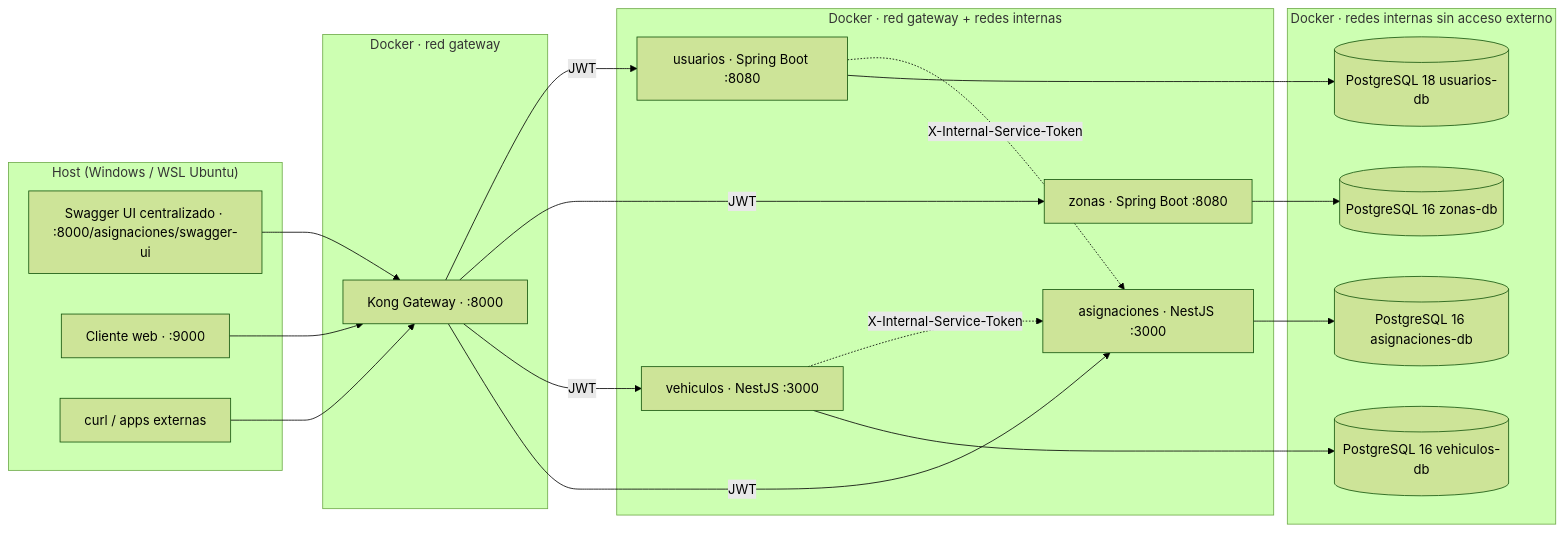
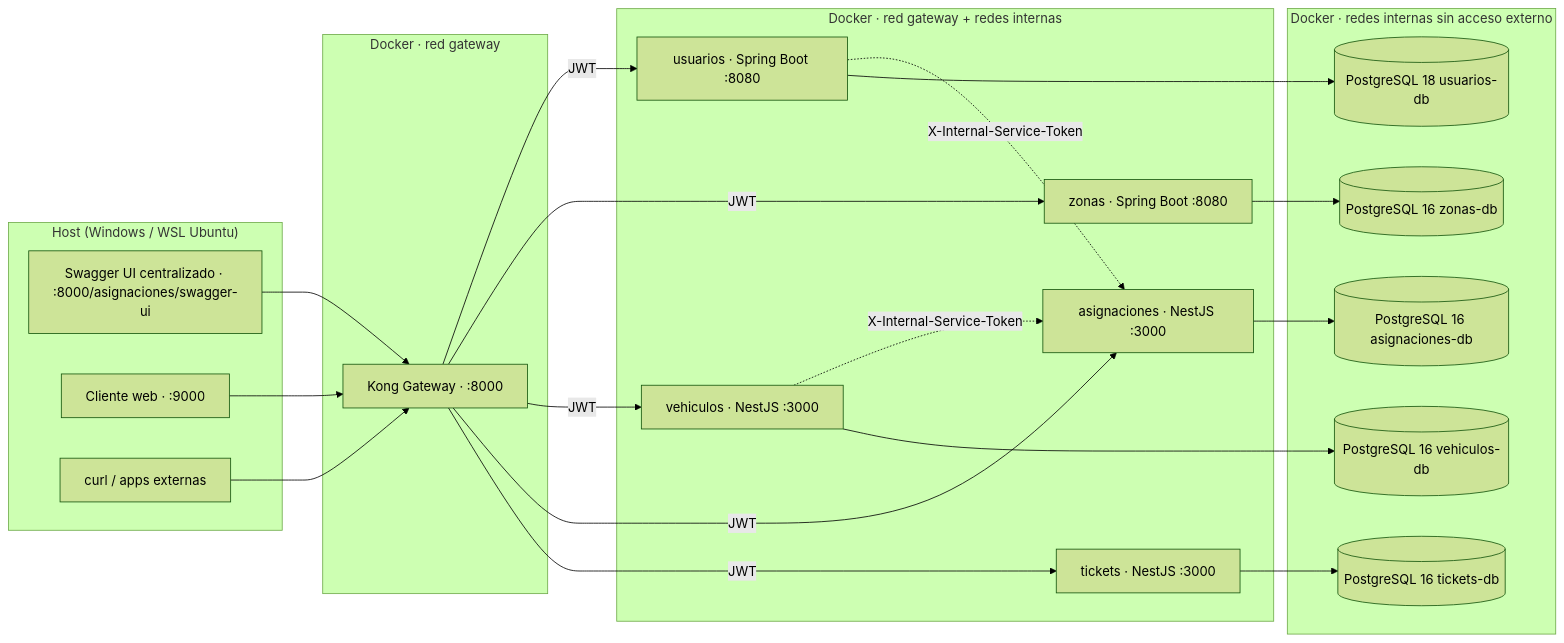
The first of 7 diagrams in README.md (AMVMesias/Distribuidas-PC2), drawn with Mermaid (forest theme) before and after one commit. The commit also changed other lines of this file and 61 other files, not shown here.

````diff
--- a/README.md
+++ b/README.md
@@ -76,40 +76,44 @@
 ```mermaid
 flowchart LR
     subgraph Host["Host (Windows / WSL Ubuntu)"]
         Swagger["Swagger UI centralizado · :8000/asignaciones/swagger-ui"]
         Browser["Cliente web · :9000"]
         Curl["curl / apps externas"]
     end
 
     subgraph GW["Docker · red gateway"]
         Kong["Kong Gateway · :8000"]
     end
 
     subgraph BE["Docker · red gateway + redes internas"]
         Usuarios["usuarios · Spring Boot :8080"]
         Zonas["zonas · Spring Boot :8080"]
         Vehiculos["vehiculos · NestJS :3000"]
         Asignaciones["asignaciones · NestJS :3000"]
+        Tickets["tickets · NestJS :3000"]
     end
 
     subgraph DB["Docker · redes internas sin acceso externo"]
         DbU[("PostgreSQL 18 usuarios-db")]
         DbZ[("PostgreSQL 16 zonas-db")]
         DbV[("PostgreSQL 16 vehiculos-db")]
         DbA[("PostgreSQL 16 asignaciones-db")]
+        DbT[("PostgreSQL 16 tickets-db")]
     end
 
     Swagger --> Kong
     Browser --> Kong
     Curl --> Kong
     Kong -->|JWT| Usuarios
     Kong -->|JWT| Zonas
     Kong -->|JWT| Vehiculos
     Kong -->|JWT| Asignaciones
+    Kong -->|JWT| Tickets
     Usuarios -.->|X-Internal-Service-Token| Asignaciones
     Vehiculos -.->|X-Internal-Service-Token| Asignaciones
     Usuarios --> DbU
     Zonas --> DbZ
     Vehiculos --> DbV
     Asignaciones --> DbA
+    Tickets --> DbT
 ```
````
